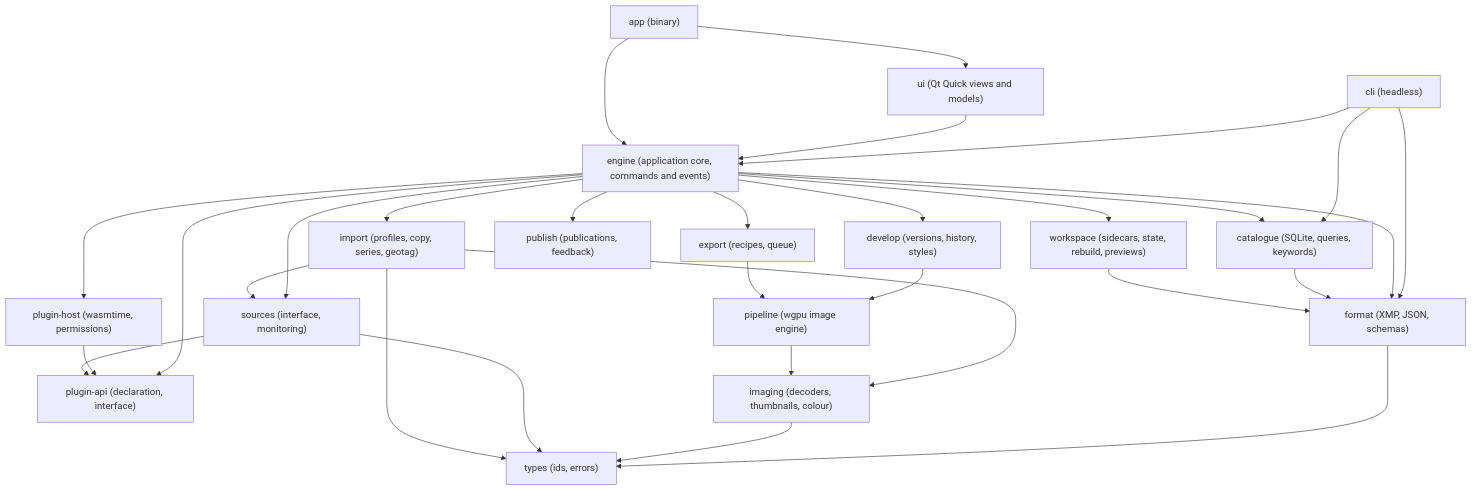
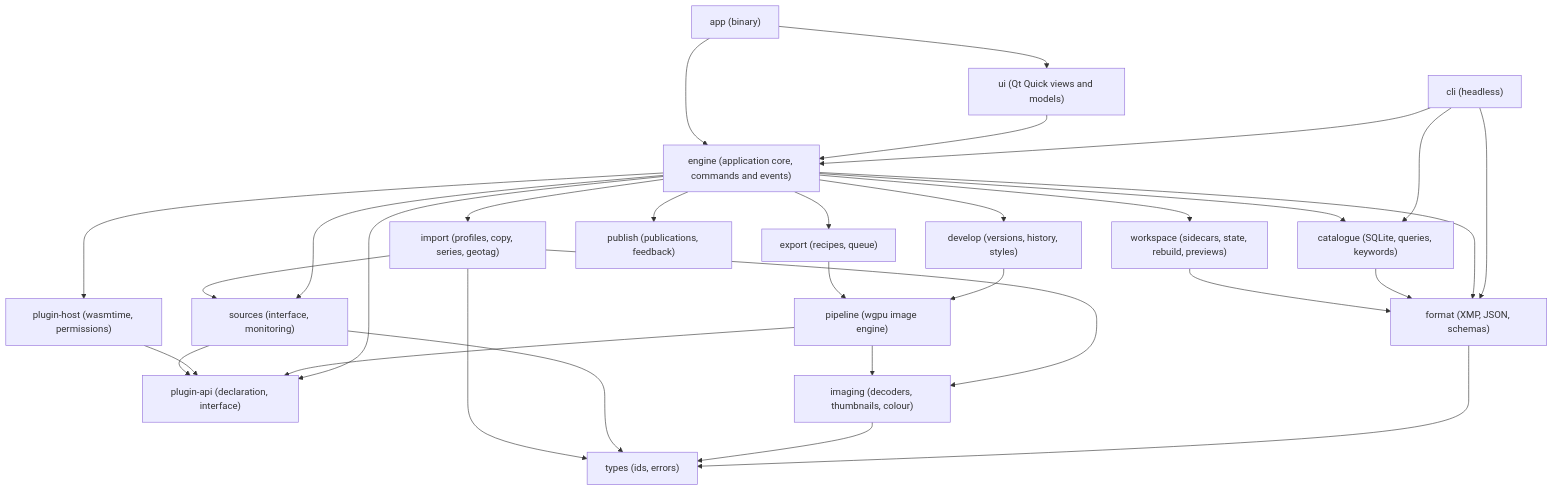
Before and after one commit to Straycat-Software/auroraw: the first of 2 diagrams in docs/architecture.md, drawn with Mermaid. The commit also changed other lines of this file and 2 other files, not shown here.

First line of the commit message:
Decisions D-140 to D-142 for the image engine's interfaces, and the architecture changed to match

````diff
--- a/docs/architecture.md
+++ b/docs/architecture.md
@@ -68,32 +68,33 @@
 ```mermaid
 flowchart TD
   app["app (binary)"] --> ui["ui (Qt Quick views and models)"]
   cli["cli (headless)"] --> engine
   cli --> catalogue
   cli --> format
   ui --> engine["engine (application core, commands and events)"]
   engine --> develop["develop (versions, history, styles)"]
   engine --> import["import (profiles, copy, series, geotag)"]
   engine --> export["export (recipes, queue)"]
   engine --> publish["publish (publications, feedback)"]
   engine --> catalogue["catalogue (SQLite, queries, keywords)"]
   engine --> workspace["workspace (sidecars, state, rebuild, previews)"]
   engine --> sources["sources (interface, monitoring)"]
   engine --> host["plugin-host (wasmtime, permissions)"]
   engine --> format
   engine --> api
   develop --> pipeline["pipeline (wgpu image engine)"]
   export --> pipeline
   import --> imaging["imaging (decoders, thumbnails, colour)"]
   pipeline --> imaging
+  pipeline --> api
   catalogue --> format["format (XMP, JSON, schemas)"]
   workspace --> format
   host --> api["plugin-api (declaration, interface)"]
   format --> types["types (ids, errors)"]
   imaging --> types
   sources --> api
   sources --> types
   import --> sources
   import --> types
   app --> engine
 ```
````
